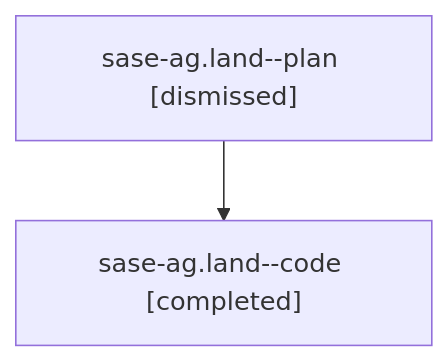
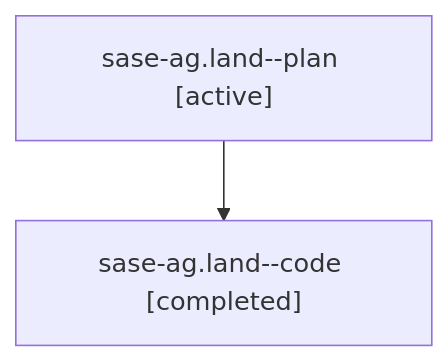
Before and after one commit to sase-org/sase--agents: the diagram in families/bbugyi200.athena.sase-ag.land.md, drawn with Mermaid. The commit also changed other lines of this file and 5813 other files, not shown here.

````diff
--- a/families/bbugyi200.athena.sase-ag.land.md
+++ b/families/bbugyi200.athena.sase-ag.land.md
@@ -9,6 +9,6 @@
 ```mermaid
 flowchart TD
-  n0["sase-ag.land--plan [dismissed]"]
+  n0["sase-ag.land--plan [active]"]
   n1["sase-ag.land--code [completed]"]
   n0 --> n1
 ```
````
